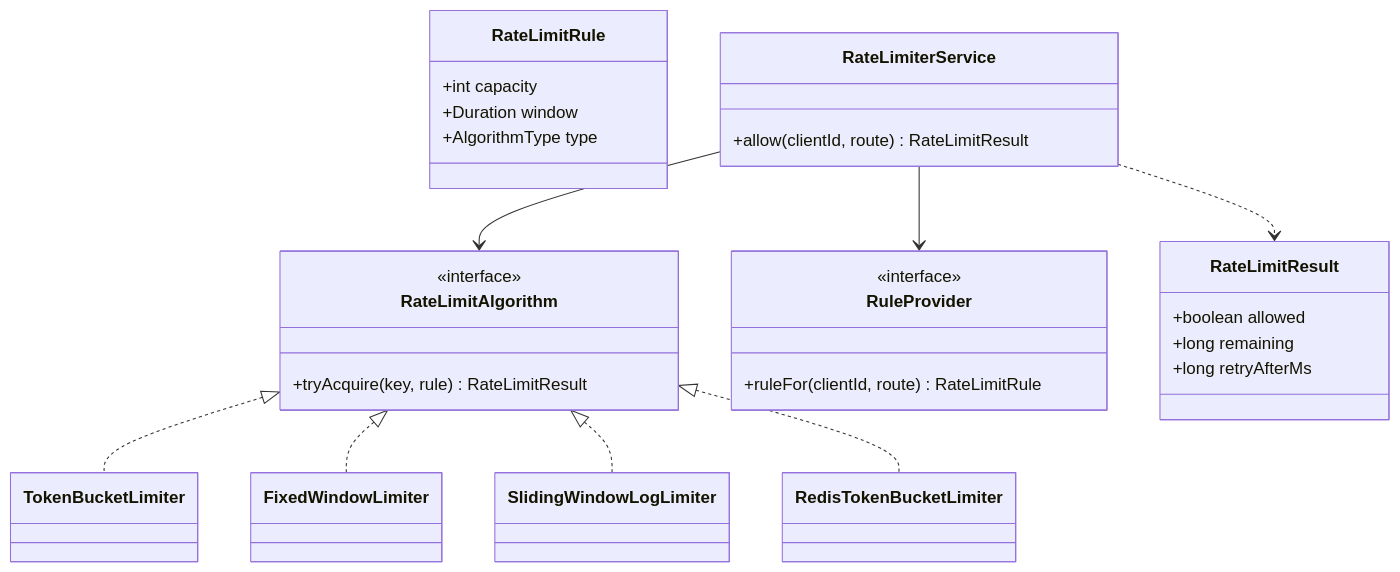
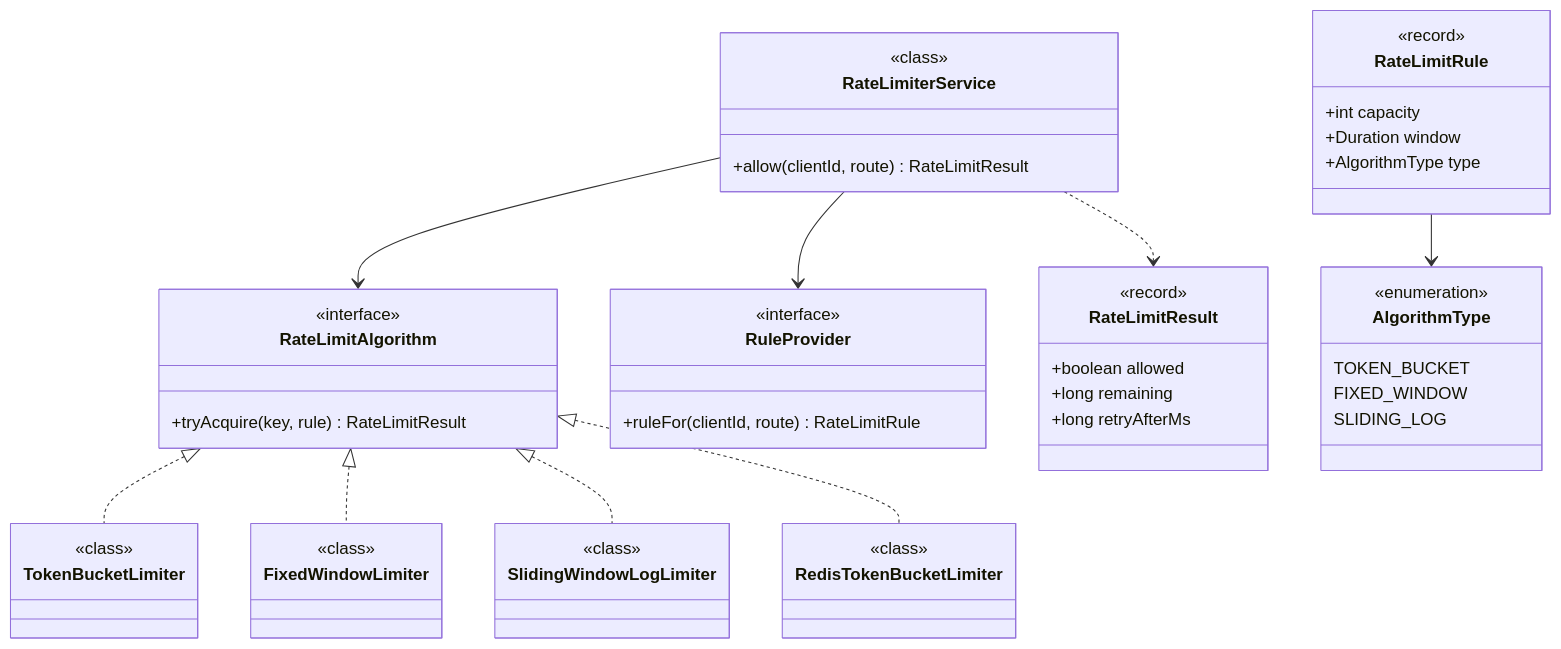
The first of 3 diagrams in system-design/lld/01-rate-limiter.md (amarkum/amarkumar.guru), drawn with Mermaid before and after one commit. The commit also changed other lines of this file and 27 other files, not shown here.

Commit message:
Label every UML type as interface, enumeration, abstract, record or class, add missing enums, and colour-code them.

````diff
--- a/system-design/lld/01-rate-limiter.md
+++ b/system-design/lld/01-rate-limiter.md
@@ -39,35 +39,53 @@
 ```mermaid
 classDiagram
     class RateLimitAlgorithm {
       <<interface>>
       +tryAcquire(key, rule) RateLimitResult
     }
-    class TokenBucketLimiter
-    class FixedWindowLimiter
-    class SlidingWindowLogLimiter
-    class RedisTokenBucketLimiter
+    class TokenBucketLimiter {
+      <<class>>
+    }
+    class FixedWindowLimiter {
+      <<class>>
+    }
+    class SlidingWindowLogLimiter {
+      <<class>>
+    }
+    class RedisTokenBucketLimiter {
+      <<class>>
+    }
     class RateLimitRule {
+      <<record>>
       +int capacity
       +Duration window
       +AlgorithmType type
     }
     class RuleProvider {
       <<interface>>
       +ruleFor(clientId, route) RateLimitRule
     }
     class RateLimiterService {
+      <<class>>
       +allow(clientId, route) RateLimitResult
     }
     class RateLimitResult {
+      <<record>>
       +boolean allowed
       +long remaining
       +long retryAfterMs
     }
     RateLimitAlgorithm <|.. TokenBucketLimiter
     RateLimitAlgorithm <|.. FixedWindowLimiter
     RateLimitAlgorithm <|.. SlidingWindowLogLimiter
     RateLimitAlgorithm <|.. RedisTokenBucketLimiter
     RateLimiterService --> RuleProvider
     RateLimiterService --> RateLimitAlgorithm
     RateLimiterService ..> RateLimitResult
+    class AlgorithmType {
+      <<enumeration>>
+      TOKEN_BUCKET
+      FIXED_WINDOW
+      SLIDING_LOG
+    }
+    RateLimitRule --> AlgorithmType
 ```
````
